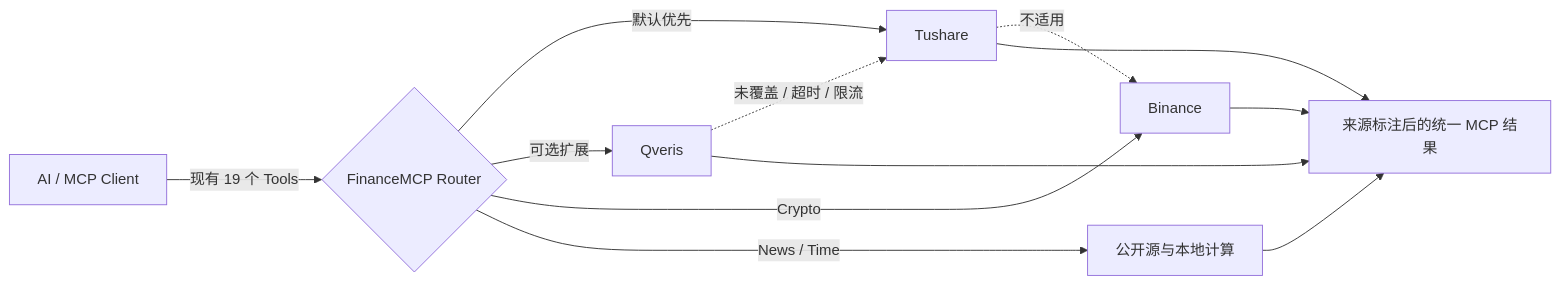
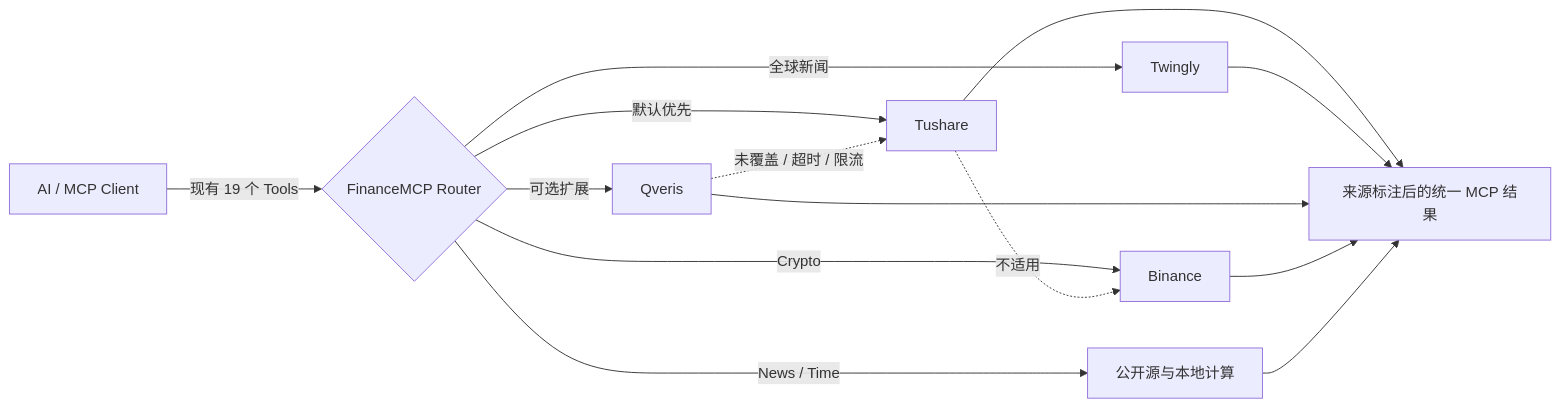
Before and after one commit to guangxiangdebizi/FinanceMCP: the diagram in README.md, drawn with Mermaid. The commit also changed other lines of this file and 12 other files, not shown here.

````diff
--- a/README.md
+++ b/README.md
@@ -76,11 +76,12 @@
 ```mermaid
 flowchart LR
     C[AI / MCP Client] -->|现有 19 个 Tools| R{FinanceMCP Router}
     R -->|默认优先| T[Tushare]
+    R -->|全球新闻| G[Twingly]
     R -->|可选扩展| Q[Qveris]
     R -->|Crypto| B[Binance]
     R -->|News / Time| L[公开源与本地计算]
     Q -. 未覆盖 / 超时 / 限流 .-> T
     T -. 不适用 .-> B
-    T & Q & B & L --> O[来源标注后的统一 MCP 结果]
+    T & G & Q & B & L --> O[来源标注后的统一 MCP 结果]
 ```
````
